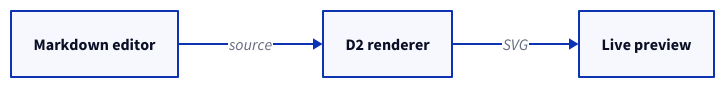
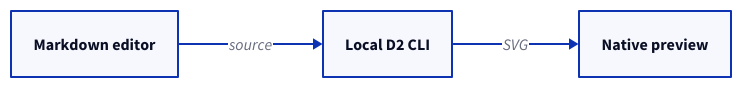
The third of 4 diagrams in docs/examples/all-features.md (Weichen-LF/DiagramDown), drawn with D2 before and after one commit. The commit also changed other lines of this file and 46 other files, not shown here.

````diff
--- a/docs/examples/all-features.md
+++ b/docs/examples/all-features.md
@@ -39,9 +227,10 @@
 ```d2
 direction: right
+
 editor: Markdown editor
-preview: Live preview
-renderer: D2 renderer
+renderer: Local D2 CLI
+preview: Native preview
 
 editor -> renderer: source
 renderer -> preview: SVG
 ```
````
